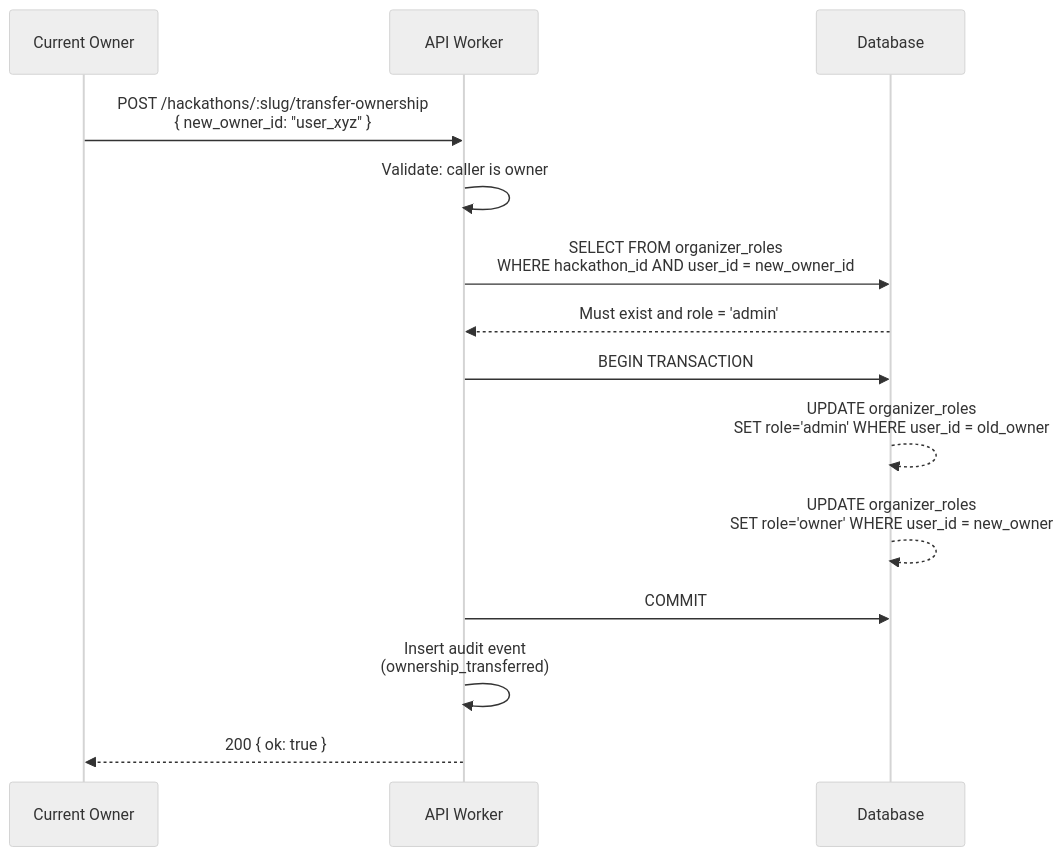
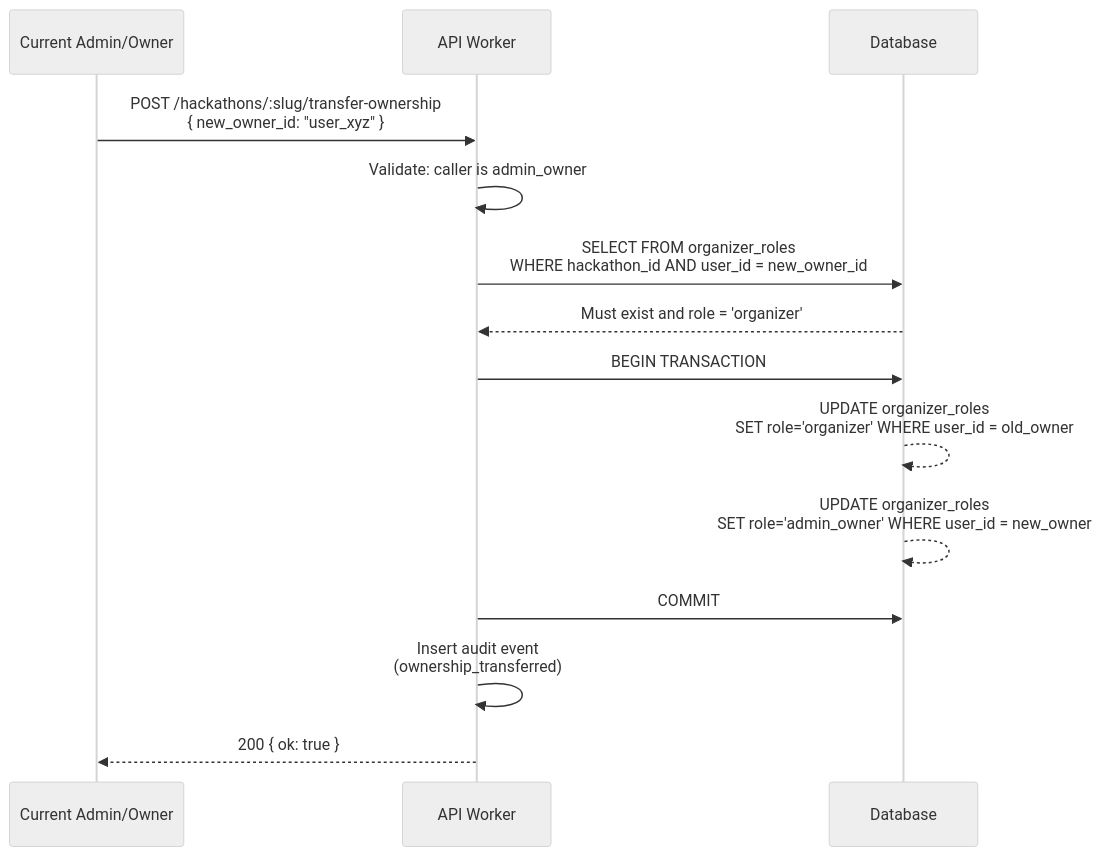
One commit to devangshupandey2025-stack/DevSage changed the eighth of 8 diagrams in docs/v3/planned/roles-permissions.md. Above: the diagram before and after it, drawn with Mermaid (neutral theme). The commit also changed other lines of this file, not shown here.

First line of the commit message:
docs(roles): rename orgs to workspaces, remove custom roles and API keys

````diff
--- a/docs/v3/planned/roles-permissions.md
+++ b/docs/v3/planned/roles-permissions.md
@@ -790,19 +604,19 @@
 ```mermaid
 sequenceDiagram
-    participant O as Current Owner
+    participant O as Current Admin/Owner
     participant API as API Worker
     participant DB as Database
 
     O->>API: POST /hackathons/:slug/transfer-ownership<br/>{ new_owner_id: "user_xyz" }
-    API->>API: Validate: caller is owner
+    API->>API: Validate: caller is admin_owner
     API->>DB: SELECT FROM organizer_roles<br/>WHERE hackathon_id AND user_id = new_owner_id
-    DB-->>API: Must exist and role = 'admin'
+    DB-->>API: Must exist and role = 'organizer'
 
     API->>DB: BEGIN TRANSACTION
-    DB-->>DB: UPDATE organizer_roles<br/>SET role='admin' WHERE user_id = old_owner
-    DB-->>DB: UPDATE organizer_roles<br/>SET role='owner' WHERE user_id = new_owner
+    DB-->>DB: UPDATE organizer_roles<br/>SET role='organizer' WHERE user_id = old_owner
+    DB-->>DB: UPDATE organizer_roles<br/>SET role='admin_owner' WHERE user_id = new_owner
     API->>DB: COMMIT
 
     API->>API: Insert audit event<br/>(ownership_transferred)
     API-->>O: 200 { ok: true }
 ```
````
